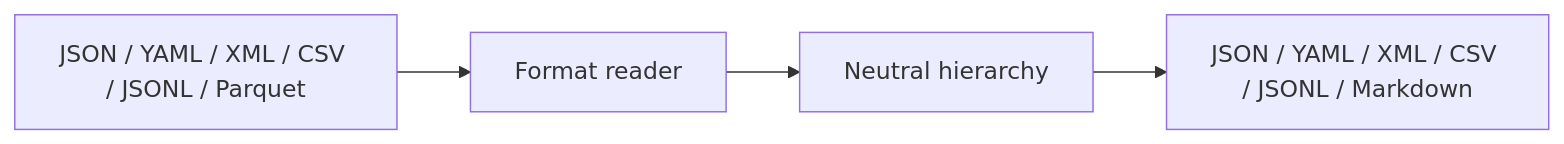
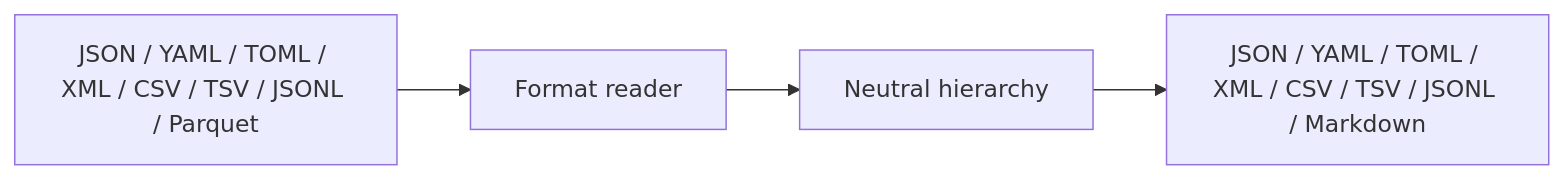
The first of 3 diagrams in docs/how-nq-works.md (blater/nq), drawn with Mermaid before and after one commit. The commit also changed other lines of this file and 37 other files, not shown here.

Commit message:
feat: add TOML and TSV input/output support

````diff
--- a/docs/how-nq-works.md
+++ b/docs/how-nq-works.md
@@ -9,6 +9,6 @@
 ```mermaid
 flowchart LR
-    A[JSON / YAML / XML / CSV / JSONL / Parquet] --> B[Format reader]
+    A[JSON / YAML / TOML / XML / CSV / TSV / JSONL / Parquet] --> B[Format reader]
     B --> C[Neutral hierarchy]
-    C --> D[JSON / YAML / XML / CSV / JSONL / Markdown]
+    C --> D[JSON / YAML / TOML / XML / CSV / TSV / JSONL / Markdown]
 ```
````
